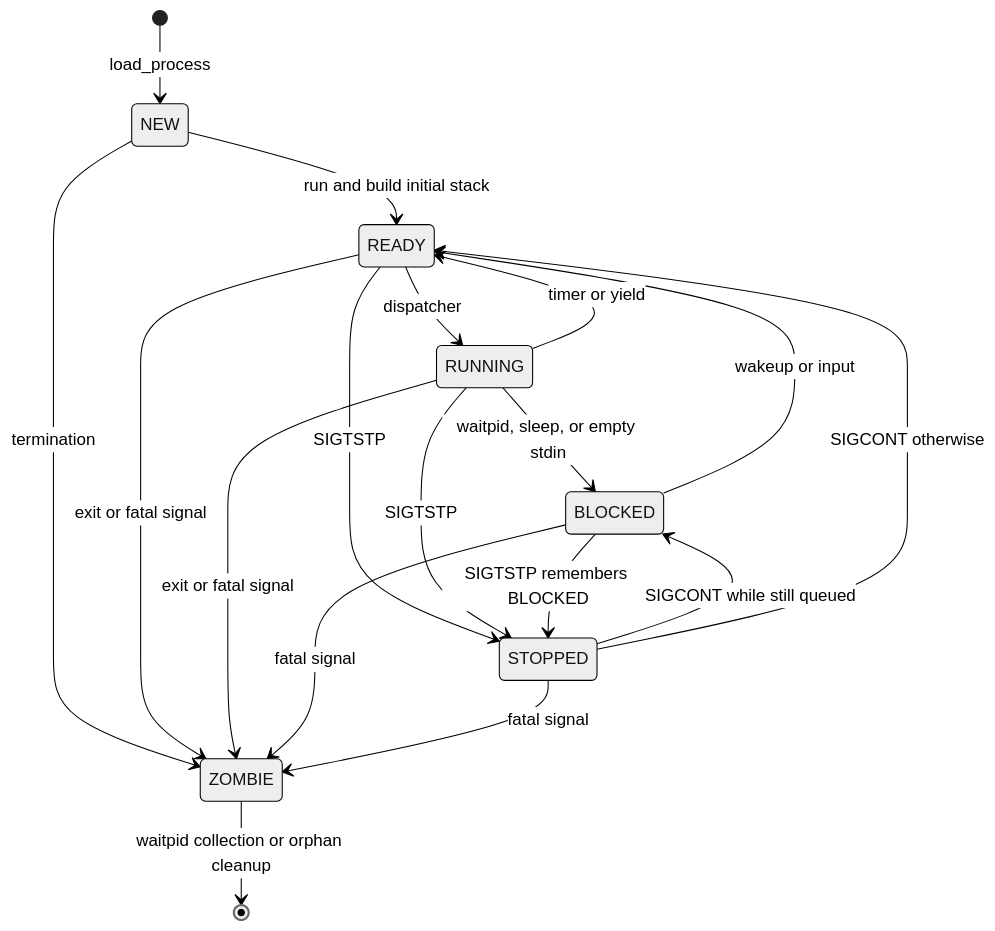
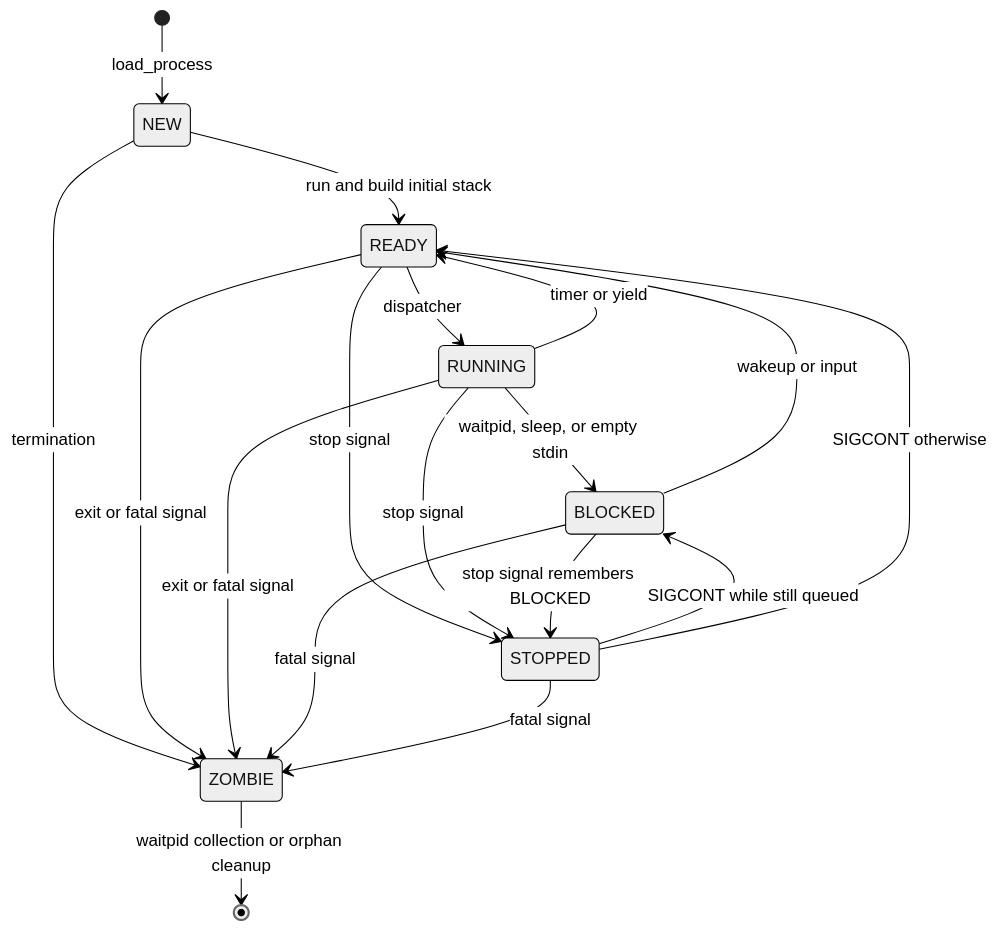
One commit to matthejue/Pico-OS changed the eighth of 24 diagrams in README.md. Above: the diagram before and after it, drawn with Mermaid (neutral theme). The commit also changed other lines of this file and 16 other files, not shown here.

````diff
--- a/README.md
+++ b/README.md
@@ -1209,20 +1215,20 @@
 ```mermaid
 stateDiagram-v2
     [*] --> NEW: load_process
     NEW --> READY: run and build initial stack
     READY --> RUNNING: dispatcher
     RUNNING --> READY: timer or yield
     RUNNING --> BLOCKED: waitpid, sleep, or empty stdin
     BLOCKED --> READY: wakeup or input
-    READY --> STOPPED: SIGTSTP
-    RUNNING --> STOPPED: SIGTSTP
-    BLOCKED --> STOPPED: SIGTSTP remembers BLOCKED
+    READY --> STOPPED: stop signal
+    RUNNING --> STOPPED: stop signal
+    BLOCKED --> STOPPED: stop signal remembers BLOCKED
     STOPPED --> BLOCKED: SIGCONT while still queued
     STOPPED --> READY: SIGCONT otherwise
     NEW --> ZOMBIE: termination
     READY --> ZOMBIE: exit or fatal signal
     RUNNING --> ZOMBIE: exit or fatal signal
     BLOCKED --> ZOMBIE: fatal signal
     STOPPED --> ZOMBIE: fatal signal
     ZOMBIE --> [*]: waitpid collection or orphan cleanup
 ```
````
